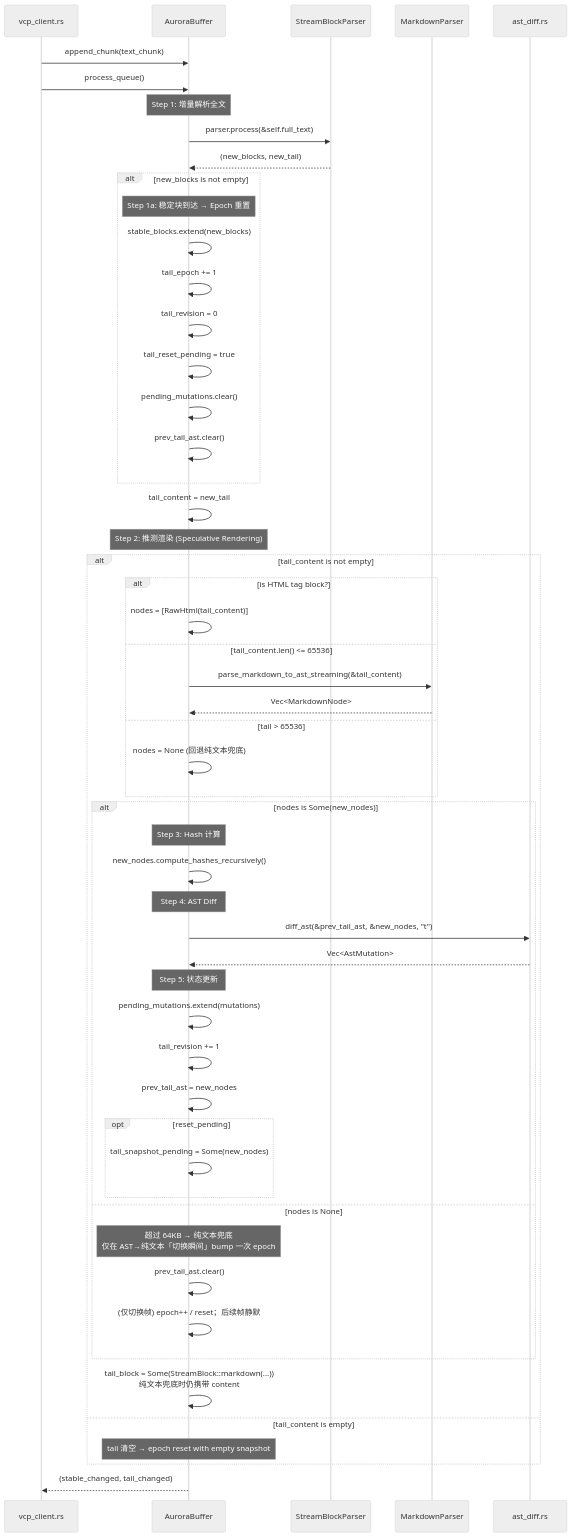
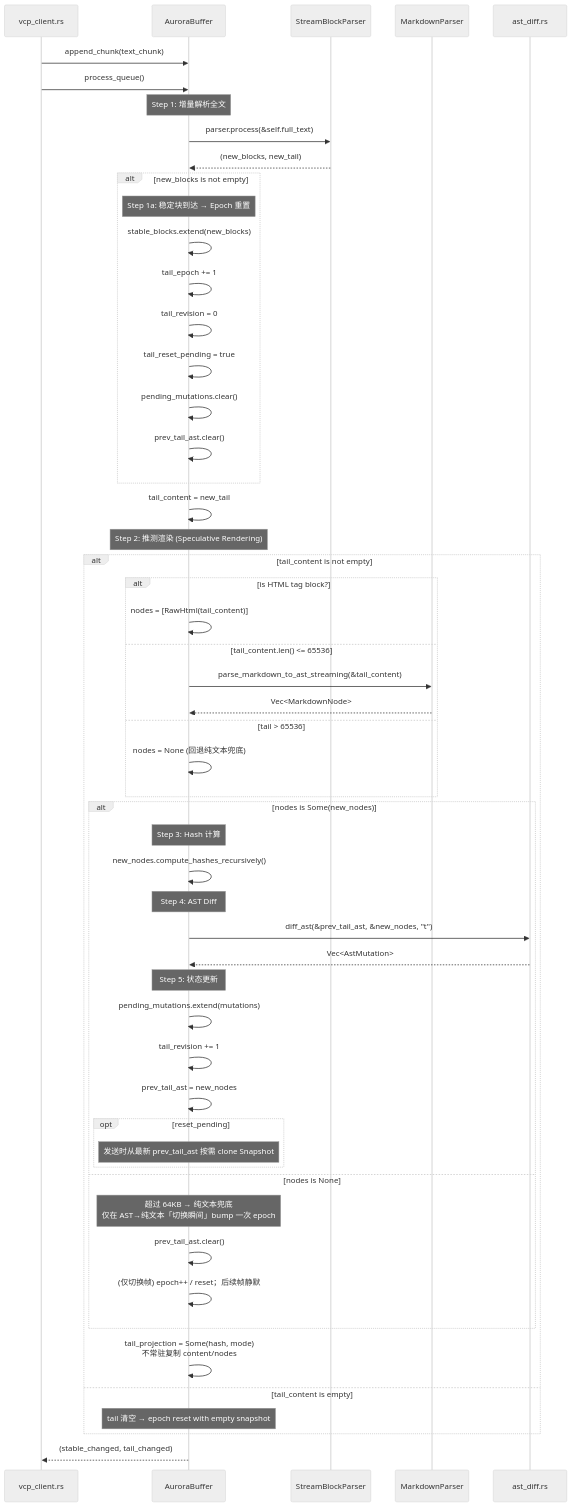
The second of 4 diagrams in docs/modules/ast-diff/02_Aurora管道Epoch体系与增量Diff算法.md (MRiecy/VCPMobile), drawn with Mermaid (neutral theme) before and after one commit. The commit also changed other lines of this file and 2 other files, not shown here.

Commit message:
perf(aurora): remove stale tail projection copies

````diff
--- a/docs/modules/ast-diff/02_Aurora管道Epoch体系与增量Diff算法.md
+++ b/docs/modules/ast-diff/02_Aurora管道Epoch体系与增量Diff算法.md
@@ -127,68 +126,68 @@
 ```mermaid
 sequenceDiagram
     participant Caller as vcp_client.rs
     participant AB as AuroraBuffer
     participant SP as StreamBlockParser
     participant MP as MarkdownParser
     participant DA as ast_diff.rs
 
     Caller->>AB: append_chunk(text_chunk)
     Caller->>AB: process_queue()
 
     Note over AB: Step 1: 增量解析全文
     AB->>SP: parser.process(&self.full_text)
     SP-->>AB: (new_blocks, new_tail)
 
     alt new_blocks is not empty
         Note over AB: Step 1a: 稳定块到达 → Epoch 重置
         AB->>AB: stable_blocks.extend(new_blocks)
         AB->>AB: tail_epoch += 1
         AB->>AB: tail_revision = 0
         AB->>AB: tail_reset_pending = true
         AB->>AB: pending_mutations.clear()
         AB->>AB: prev_tail_ast.clear()
     end
 
     AB->>AB: tail_content = new_tail
 
     Note over AB: Step 2: 推测渲染 (Speculative Rendering)
 
     alt tail_content is not empty
         alt is HTML tag block?
             AB->>AB: nodes = [RawHtml(tail_content)]
         else tail_content.len() <= 65536
             AB->>MP: parse_markdown_to_ast_streaming(&tail_content)
             MP-->>AB: Vec<MarkdownNode>
         else tail > 65536
             AB->>AB: nodes = None (回退纯文本兜底)
         end
 
         alt nodes is Some(new_nodes)
             Note over AB: Step 3: Hash 计算
             AB->>AB: new_nodes.compute_hashes_recursively()
 
             Note over AB: Step 4: AST Diff
             AB->>DA: diff_ast(&prev_tail_ast, &new_nodes, "t")
             DA-->>AB: Vec<AstMutation>
 
             Note over AB: Step 5: 状态更新
             AB->>AB: pending_mutations.extend(mutations)
             AB->>AB: tail_revision += 1
             AB->>AB: prev_tail_ast = new_nodes
 
             opt reset_pending
-                AB->>AB: tail_snapshot_pending = Some(new_nodes)
+                Note over AB: 发送时从最新 prev_tail_ast 按需 clone Snapshot
             end
         else nodes is None
             Note over AB: 超过 64KB → 纯文本兜底<br/>仅在 AST→纯文本「切换瞬间」bump 一次 epoch
             AB->>AB: prev_tail_ast.clear()
             AB->>AB: (仅切换帧) epoch++ / reset；后续帧静默
         end
 
-        AB->>AB: tail_block = Some(StreamBlock::markdown(...))<br/>纯文本兜底时仍携带 content
+        AB->>AB: tail_projection = Some(hash, mode)<br/>不常驻复制 content/nodes
     else tail_content is empty
         Note over AB: tail 清空 → epoch reset with empty snapshot
     end
 
     AB-->>Caller: (stable_changed, tail_changed)
 ```
````
